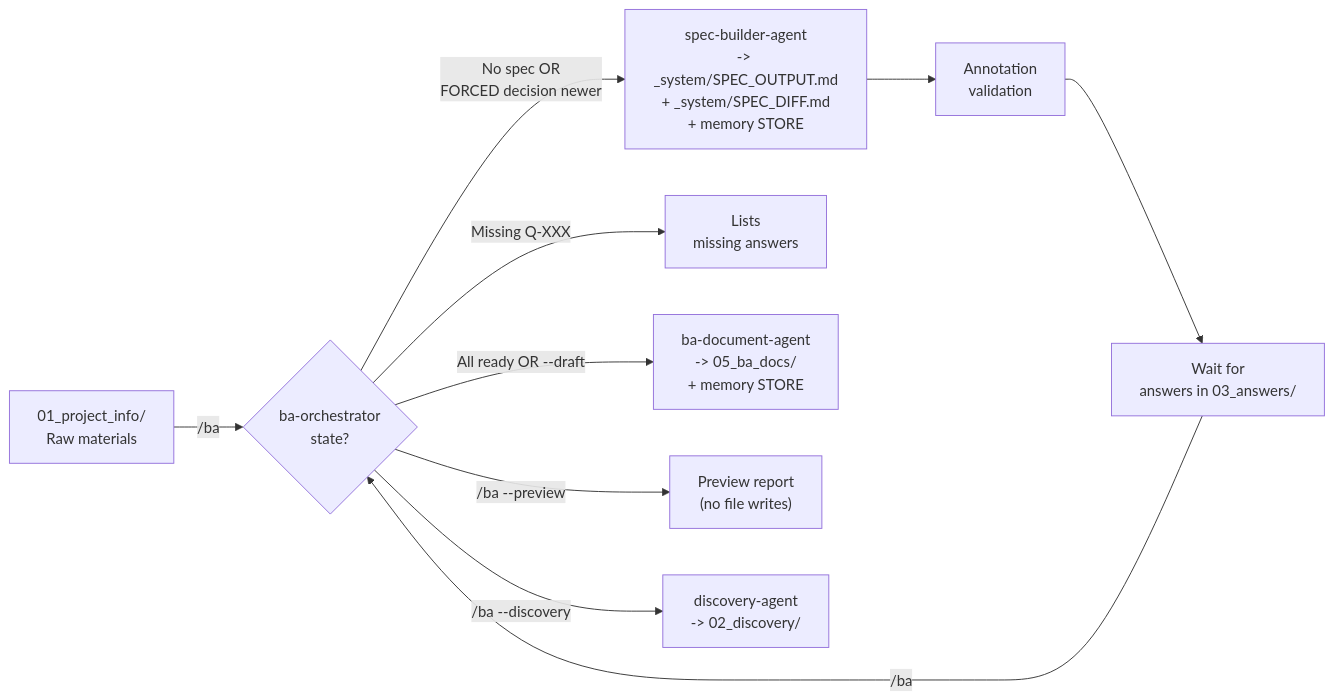
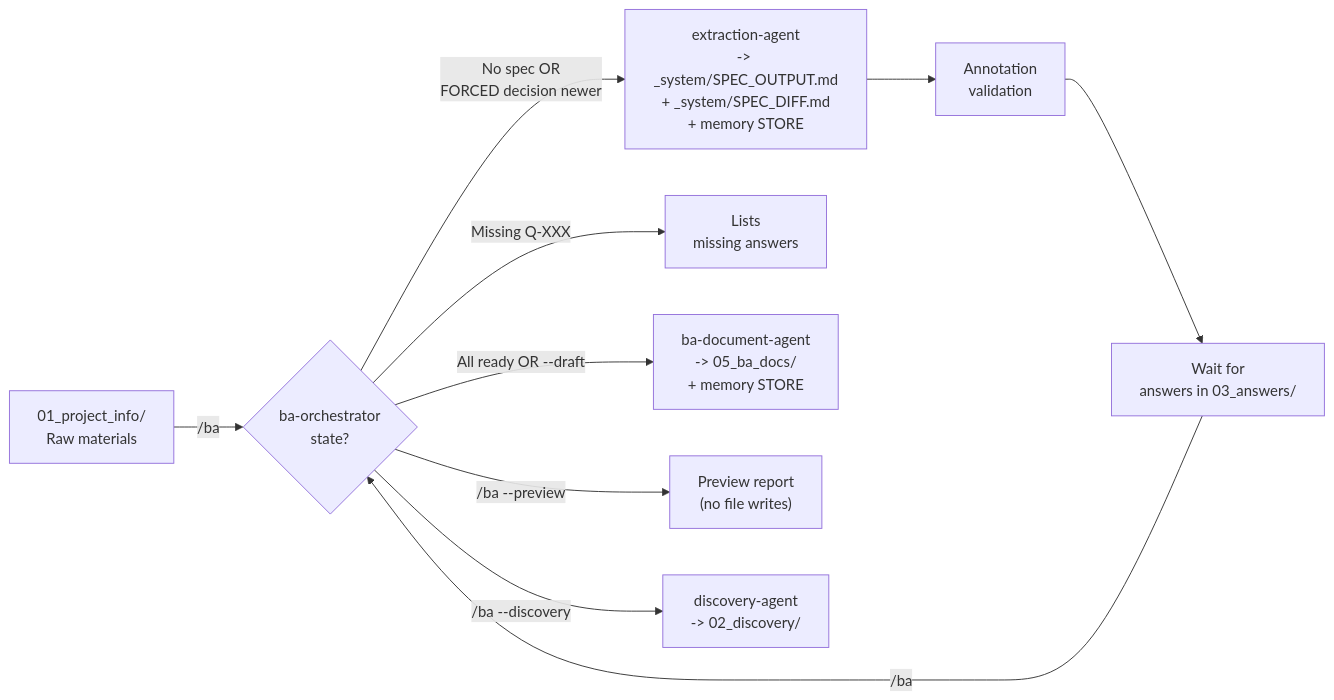
One commit to exphoenee/ba-team-docs changed the second of 2 diagrams in AGENTS.md. Above: the diagram before and after it, drawn with Mermaid. The commit also changed other lines of this file and 7 other files, not shown here.

````diff
--- a/AGENTS.md
+++ b/AGENTS.md
@@ -195,12 +195,12 @@
 ```mermaid
 flowchart LR
     A["01_project_info/\nRaw materials"] -->|"/ba"| B{ba-orchestrator\nstate?}
-    B -->|"No spec OR\nFORCED decision newer"| C["spec-builder-agent\n-> _system/SPEC_OUTPUT.md\n+ _system/SPEC_DIFF.md\n+ memory STORE"]
+    B -->|"No spec OR\nFORCED decision newer"| C["extraction-agent\n-> _system/SPEC_OUTPUT.md\n+ _system/SPEC_DIFF.md\n+ memory STORE"]
     C --> D["Annotation\nvalidation"]
     D --> E["Wait for\nanswers in 03_answers/"]
     E -->|"/ba"| B
     B -->|"Missing Q-XXX"| F["Lists\nmissing answers"]
     B -->|"All ready OR --draft"| G["ba-document-agent\n-> 05_ba_docs/\n+ memory STORE"]
     B -->|"/ba --preview"| H["Preview report\n(no file writes)"]
     B -->|"/ba --discovery"| I["discovery-agent\n-> 02_discovery/"]
 ```
````
